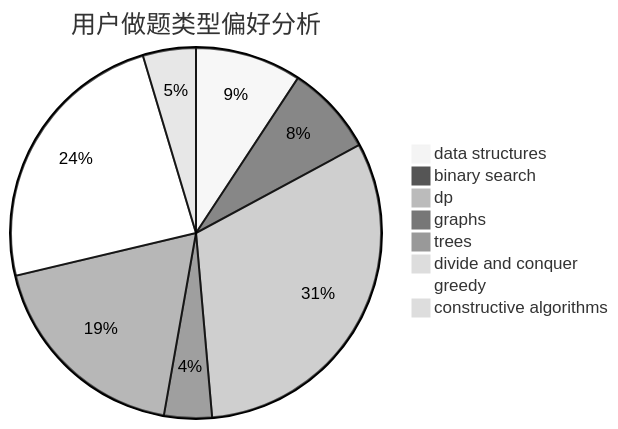
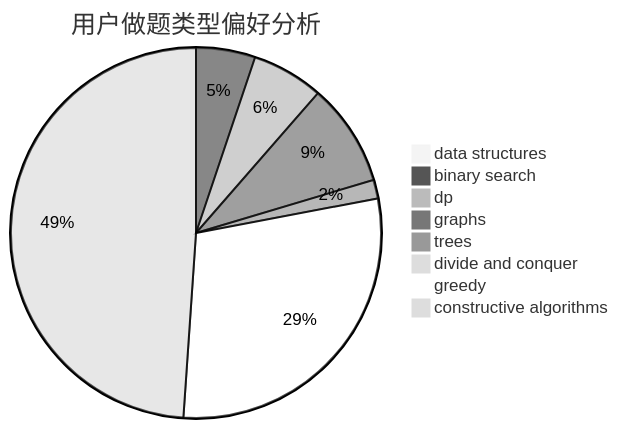
The second of 3 diagrams in docs/user/u2527.md (sherpahu/cfrs.github.io), drawn with Mermaid (neutral theme) before and after one commit. The commit also changed other lines of this file and 2770 other files, not shown here.

````diff
--- a/docs/user/u2527.md
+++ b/docs/user/u2527.md
@@ -23,11 +23,11 @@
 ```mermaid
 pie title 用户做题类型偏好分析
-    "data structures" :  20
-    "binary search" :  17
-    "dp" :  68
-    "graphs" :  9
-    "trees" :  40
+    "data structures" :  0
+    "binary search" :  19
+    "dp" :  23
+    "graphs" :  33
+    "trees" :  6
     "divide and conquer" :  0
-    "greedy" :  52
-    "constructive algorithms" :  10
+    "greedy" :  107
+    "constructive algorithms" :  180
 ```
````
